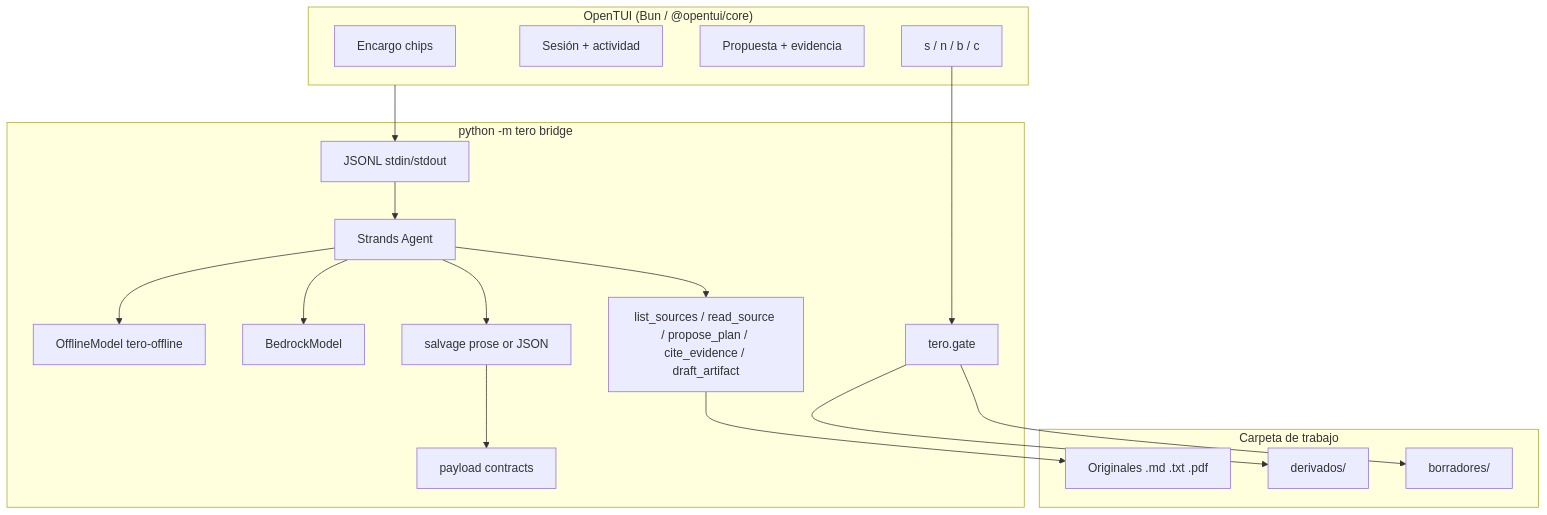
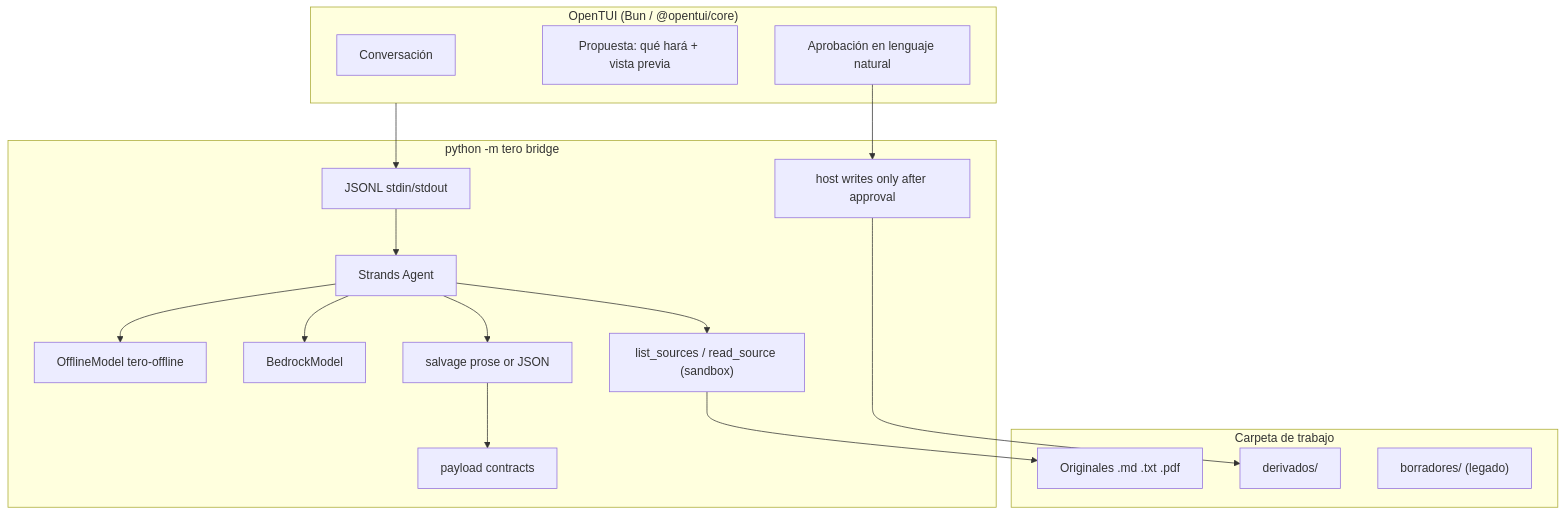
The diagram in ARCHITECTURE.md (marcorojasb/tero), drawn with Mermaid before and after one commit. The commit also changed other lines of this file and 1 other file, not shown here.

First line of the commit message:
docs: define tero como agente conversacional con intenciones a/b/c (#32)

````diff
--- a/ARCHITECTURE.md
+++ b/ARCHITECTURE.md
@@ -22,38 +37,36 @@
 ```mermaid
 flowchart TB
   subgraph TUI["OpenTUI (Bun / @opentui/core)"]
-    Chips[Encargo chips]
-    Session[Sesión + actividad]
-    Proposal[Propuesta + evidencia]
-    Gate[s / n / b / c]
+    Chat[Conversación]
+    Proposal[Propuesta: qué hará + vista previa]
+    Approval[Aprobación en lenguaje natural]
   end
 
   subgraph Host["python -m tero bridge"]
     JSONL[JSONL stdin/stdout]
     Agent[Strands Agent]
     Offline[OfflineModel tero-offline]
     Bedrock[BedrockModel]
-    Tools[list_sources / read_source / propose_plan / cite_evidence / draft_artifact]
+    Tools["list_sources / read_source (sandbox)"]
     Salvage[salvage prose or JSON]
     Coerce[payload contracts]
-    GateHost[tero.gate]
+    Approve[host writes only after approval]
   end
 
   subgraph Disk["Carpeta de trabajo"]
     Fuentes[Originales .md .txt .pdf]
     Derivados[derivados/]
-    Borradores[borradores/]
+    Borradores["borradores/ (legado)"]
   end
 
   TUI --> JSONL
   JSONL --> Agent
   Agent --> Offline
   Agent --> Bedrock
   Agent --> Tools
   Tools --> Fuentes
   Agent --> Salvage
   Salvage --> Coerce
-  Gate --> GateHost
-  GateHost --> Derivados
-  GateHost --> Borradores
+  Approval --> Approve
+  Approve --> Derivados
 ```
````
